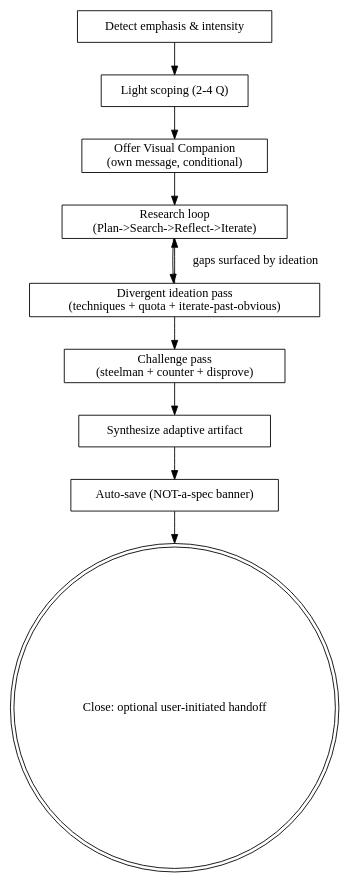
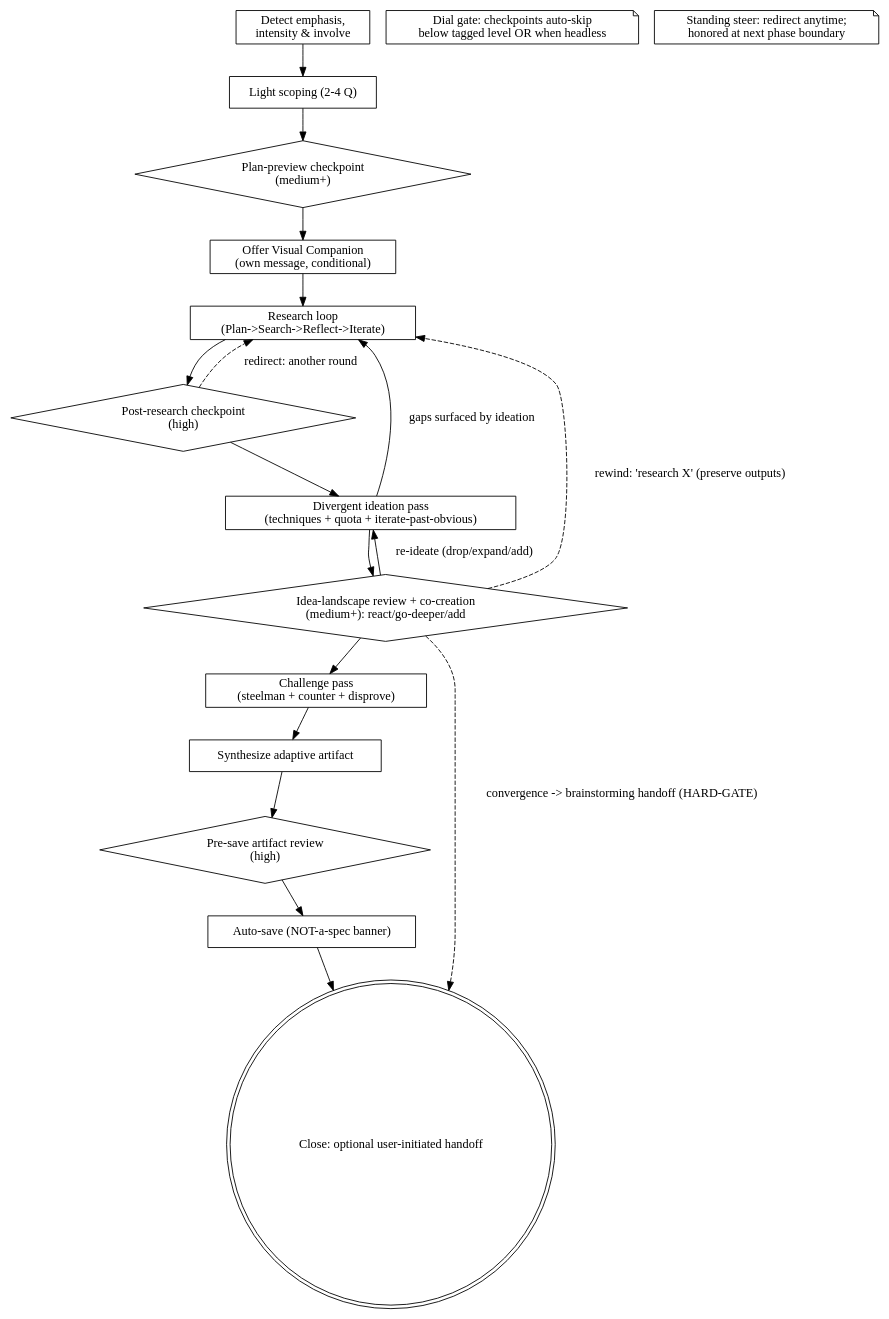
The diagram in skills/exploring-ideas/SKILL.md (zpyoung/quirk), drawn with Graphviz before and after one commit. The commit also changed other lines of this file and 9 other files, not shown here.

First line of the commit message:
feat(exploring-ideas): add --involve user-inclusion dial (#17)

````diff
--- a/skills/exploring-ideas/SKILL.md
+++ b/skills/exploring-ideas/SKILL.md
@@ -46,23 +51,44 @@
 ```dot
 digraph exploring {
-  "Detect emphasis & intensity" [shape=box];
+  // Boxes = phases; diamonds = checkpoints. A checkpoint auto-skips below its
+  // tagged involve level, and whenever the run is headless (the dial gate).
+  "Detect emphasis,\nintensity & involve" [shape=box];
   "Light scoping (2-4 Q)" [shape=box];
+  "Plan-preview checkpoint\n(medium+)" [shape=diamond];
   "Offer Visual Companion\n(own message, conditional)" [shape=box];
   "Research loop\n(Plan->Search->Reflect->Iterate)" [shape=box];
+  "Post-research checkpoint\n(high)" [shape=diamond];
   "Divergent ideation pass\n(techniques + quota + iterate-past-obvious)" [shape=box];
+  "Idea-landscape review + co-creation\n(medium+): react/go-deeper/add" [shape=diamond];
   "Challenge pass\n(steelman + counter + disprove)" [shape=box];
   "Synthesize adaptive artifact" [shape=box];
+  "Pre-save artifact review\n(high)" [shape=diamond];
   "Auto-save (NOT-a-spec banner)" [shape=box];
   "Close: optional user-initiated handoff" [shape=doublecircle];
 
-  "Detect emphasis & intensity" -> "Light scoping (2-4 Q)";
-  "Light scoping (2-4 Q)" -> "Offer Visual Companion\n(own message, conditional)";
+  "Dial gate: checkpoints auto-skip\nbelow tagged level OR when headless" [shape=note];
+  "Standing steer: redirect anytime;\nhonored at next phase boundary" [shape=note];
+
+  "Detect emphasis,\nintensity & involve" -> "Light scoping (2-4 Q)";
+  "Light scoping (2-4 Q)" -> "Plan-preview checkpoint\n(medium+)";
+  "Plan-preview checkpoint\n(medium+)" -> "Offer Visual Companion\n(own message, conditional)";
   "Offer Visual Companion\n(own message, conditional)" -> "Research loop\n(Plan->Search->Reflect->Iterate)";
-  "Research loop\n(Plan->Search->Reflect->Iterate)" -> "Divergent ideation pass\n(techniques + quota + iterate-past-obvious)";
+  "Research loop\n(Plan->Search->Reflect->Iterate)" -> "Post-research checkpoint\n(high)";
+  "Post-research checkpoint\n(high)" -> "Divergent ideation pass\n(techniques + quota + iterate-past-obvious)";
+  "Divergent ideation pass\n(techniques + quota + iterate-past-obvious)" -> "Idea-landscape review + co-creation\n(medium+): react/go-deeper/add";
+  "Idea-landscape review + co-creation\n(medium+): react/go-deeper/add" -> "Challenge pass\n(steelman + counter + disprove)";
+  "Challenge pass\n(steelman + counter + disprove)" -> "Synthesize adaptive artifact";
+  "Synthesize adaptive artifact" -> "Pre-save artifact review\n(high)";
+  "Pre-save artifact review\n(high)" -> "Auto-save (NOT-a-spec banner)";
+  "Auto-save (NOT-a-spec banner)" -> "Close: optional user-initiated handoff";
+
+  // Loops, re-ideation, and rewind — all preserve prior outputs:
   "Divergent ideation pass\n(techniques + quota + iterate-past-obvious)" -> "Research loop\n(Plan->Search->Reflect->Iterate)" [label="gaps surfaced by ideation"];
-  "Divergent ideation pass\n(techniques + quota + iterate-past-obvious)" -> "Challenge pass\n(steelman + counter + disprove)";
-  "Challenge pass\n(steelman + counter + disprove)" -> "Synthesize adaptive artifact";
-  "Synthesize adaptive artifact" -> "Auto-save (NOT-a-spec banner)";
-  "Auto-save (NOT-a-spec banner)" -> "Close: optional user-initiated handoff";
+  "Idea-landscape review + co-creation\n(medium+): react/go-deeper/add" -> "Divergent ideation pass\n(techniques + quota + iterate-past-obvious)" [label="re-ideate (drop/expand/add)"];
+  "Idea-landscape review + co-creation\n(medium+): react/go-deeper/add" -> "Research loop\n(Plan->Search->Reflect->Iterate)" [style=dashed, label="rewind: 'research X' (preserve outputs)"];
+  "Post-research checkpoint\n(high)" -> "Research loop\n(Plan->Search->Reflect->Iterate)" [style=dashed, label="redirect: another round"];
+
+  // Convergence at any checkpoint never makes a spec — it routes to the handoff:
+  "Idea-landscape review + co-creation\n(medium+): react/go-deeper/add" -> "Close: optional user-initiated handoff" [style=dashed, label="convergence -> brainstorming handoff (HARD-GATE)"];
 }
 ```
````
